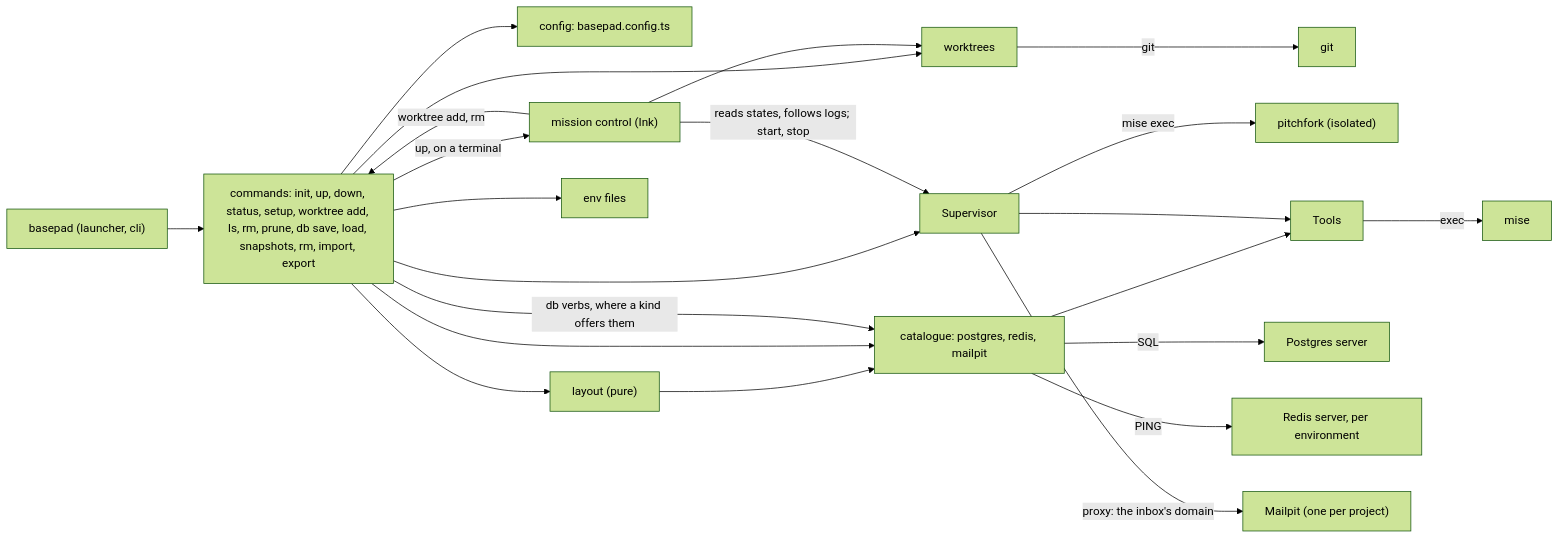
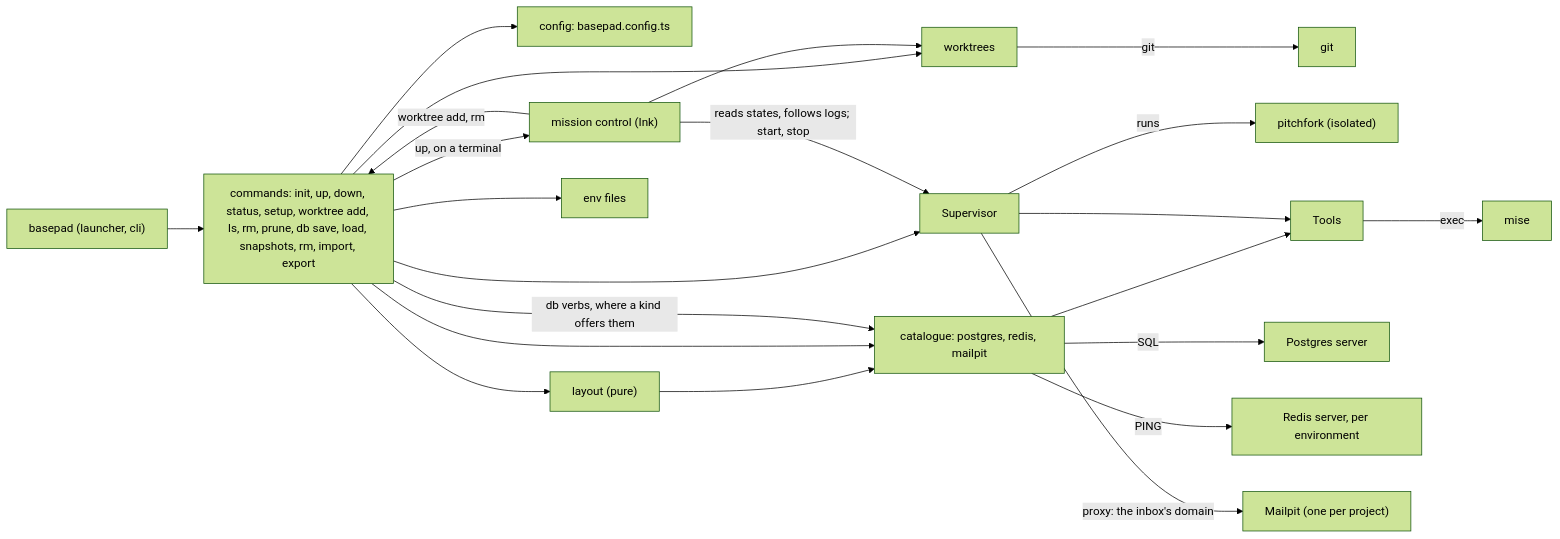
Before and after one commit to Aysnc-Labs/basepad: the diagram in docs/feature-map.md, drawn with Mermaid (forest theme). The commit also changed other lines of this file and 3 other files, not shown here.

````diff
--- a/docs/feature-map.md
+++ b/docs/feature-map.md
@@ -12,24 +12,24 @@
 ```mermaid
 flowchart LR
   CLI["basepad (launcher, cli)"] --> Commands["commands: init, up, down, status, setup, worktree add, ls, rm, prune, db save, load, snapshots, rm, import, export"]
   Commands --> Worktrees["worktrees"]
   Worktrees -- "git" --> Git["git"]
   Commands --> Config["config: basepad.config.ts"]
   Commands --> Layout["layout (pure)"]
   Layout --> Catalogue
   Commands --> Catalogue["catalogue: postgres, redis, mailpit"]
   Commands -- "db verbs, where a kind offers them" --> Catalogue
   Commands --> Supervisor
   Commands -- "up, on a terminal" --> MissionControl["mission control (Ink)"]
   MissionControl -- "reads states, follows logs; start, stop" --> Supervisor
   MissionControl --> Worktrees
   MissionControl -- "worktree add, rm" --> Commands
   Commands --> EnvFiles["env files"]
-  Supervisor -- "mise exec" --> Pitchfork["pitchfork (isolated)"]
+  Supervisor -- "runs" --> Pitchfork["pitchfork (isolated)"]
   Catalogue --> Tools
   Supervisor --> Tools
   Tools -- "exec" --> Mise["mise"]
   Catalogue -- "SQL" --> Postgres["Postgres server"]
   Catalogue -- "PING" --> Redis["Redis server, per environment"]
   Supervisor -- "proxy: the inbox's domain" --> Mailpit["Mailpit (one per project)"]
 ```
````
